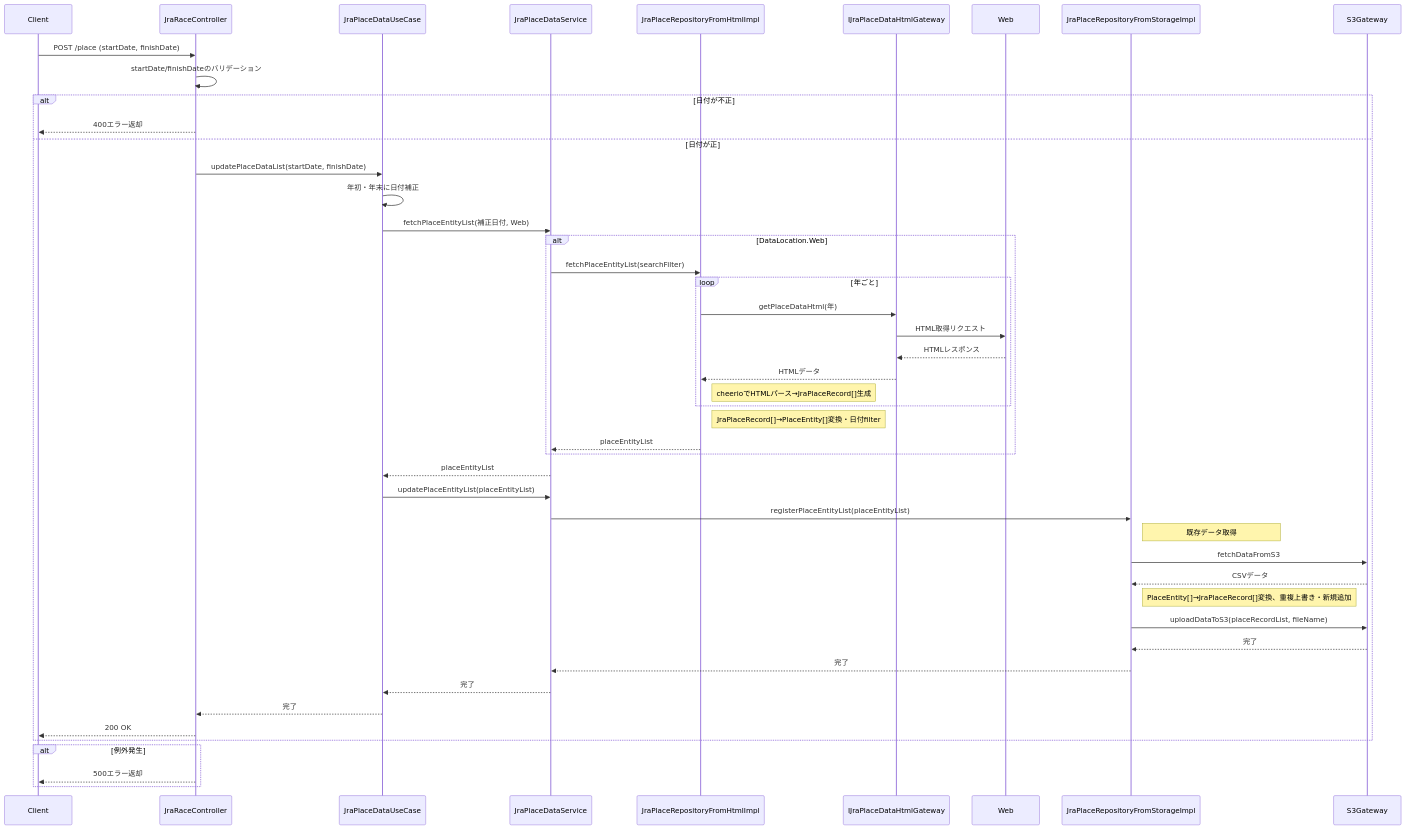
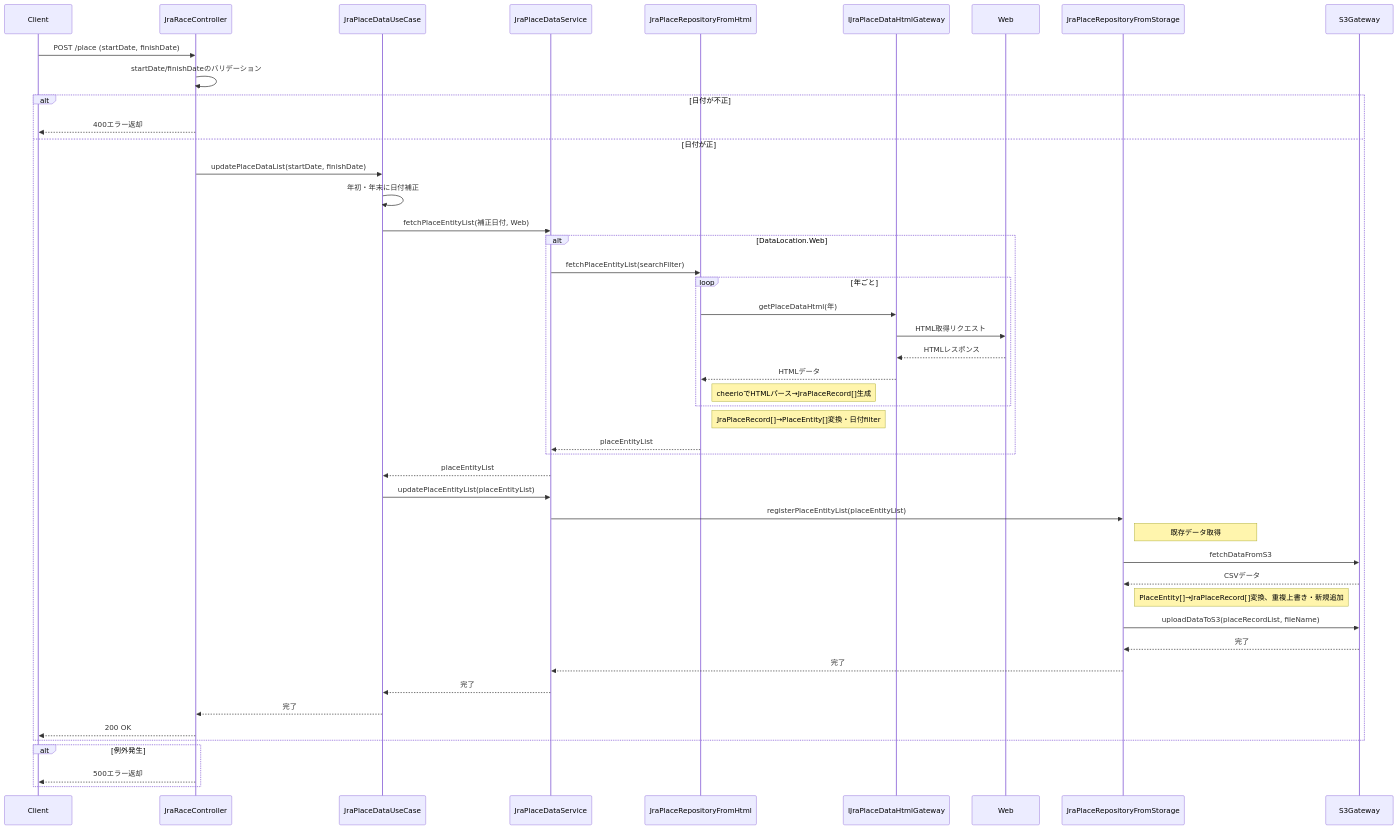
Before and after one commit to taichi6930/race-schedule-api: the diagram in document/detail-design/sequence/jra/updatePlaceDataList.md, drawn with Mermaid. The commit also changed 89 other files, not shown here.

````diff
--- a/document/detail-design/sequence/jra/updatePlaceDataList.md
+++ b/document/detail-design/sequence/jra/updatePlaceDataList.md
@@ -3,50 +3,50 @@
 ```mermaid
 sequenceDiagram
     participant Client
     participant JraRaceController
     participant JraPlaceDataUseCase
     participant JraPlaceDataService
-    participant JraPlaceRepositoryFromHtmlImpl
+    participant JraPlaceRepositoryFromHtml
     participant IJraPlaceDataHtmlGateway
     participant Web
-    participant JraPlaceRepositoryFromStorageImpl
+    participant JraPlaceRepositoryFromStorage
     participant S3Gateway
 
     Client->>JraRaceController: POST /place (startDate, finishDate)
     JraRaceController->>JraRaceController: startDate/finishDateのバリデーション
     alt 日付が不正
         JraRaceController-->>Client: 400エラー返却
     else 日付が正
         JraRaceController->>JraPlaceDataUseCase: updatePlaceDataList(startDate, finishDate)
         JraPlaceDataUseCase->>JraPlaceDataUseCase: 年初・年末に日付補正
         JraPlaceDataUseCase->>JraPlaceDataService: fetchPlaceEntityList(補正日付, Web)
         alt DataLocation.Web
-            JraPlaceDataService->>JraPlaceRepositoryFromHtmlImpl: fetchPlaceEntityList(searchFilter)
+            JraPlaceDataService->>JraPlaceRepositoryFromHtml: fetchPlaceEntityList(searchFilter)
             loop 年ごと
-                JraPlaceRepositoryFromHtmlImpl->>IJraPlaceDataHtmlGateway: getPlaceDataHtml(年)
+                JraPlaceRepositoryFromHtml->>IJraPlaceDataHtmlGateway: getPlaceDataHtml(年)
                 IJraPlaceDataHtmlGateway->>Web: HTML取得リクエスト
                 Web-->>IJraPlaceDataHtmlGateway: HTMLレスポンス
-                IJraPlaceDataHtmlGateway-->>JraPlaceRepositoryFromHtmlImpl: HTMLデータ
-                note right of JraPlaceRepositoryFromHtmlImpl: cheerioでHTMLパース→JraPlaceRecord[]生成
+                IJraPlaceDataHtmlGateway-->>JraPlaceRepositoryFromHtml: HTMLデータ
+                note right of JraPlaceRepositoryFromHtml: cheerioでHTMLパース→JraPlaceRecord[]生成
             end
-            note right of JraPlaceRepositoryFromHtmlImpl: JraPlaceRecord[]→PlaceEntity[]変換・日付filter
-            JraPlaceRepositoryFromHtmlImpl-->>JraPlaceDataService: placeEntityList
+            note right of JraPlaceRepositoryFromHtml: JraPlaceRecord[]→PlaceEntity[]変換・日付filter
+            JraPlaceRepositoryFromHtml-->>JraPlaceDataService: placeEntityList
         end
         JraPlaceDataService-->>JraPlaceDataUseCase: placeEntityList
         JraPlaceDataUseCase->>JraPlaceDataService: updatePlaceEntityList(placeEntityList)
-        JraPlaceDataService->>JraPlaceRepositoryFromStorageImpl: registerPlaceEntityList(placeEntityList)
-        note right of JraPlaceRepositoryFromStorageImpl: 既存データ取得
-        JraPlaceRepositoryFromStorageImpl->>S3Gateway: fetchDataFromS3
-        S3Gateway-->>JraPlaceRepositoryFromStorageImpl: CSVデータ
-        note right of JraPlaceRepositoryFromStorageImpl: PlaceEntity[]→JraPlaceRecord[]変換、重複上書き・新規追加
-        JraPlaceRepositoryFromStorageImpl->>S3Gateway: uploadDataToS3(placeRecordList, fileName)
-        S3Gateway-->>JraPlaceRepositoryFromStorageImpl: 完了
-        JraPlaceRepositoryFromStorageImpl-->>JraPlaceDataService: 完了
+        JraPlaceDataService->>JraPlaceRepositoryFromStorage: registerPlaceEntityList(placeEntityList)
+        note right of JraPlaceRepositoryFromStorage: 既存データ取得
+        JraPlaceRepositoryFromStorage->>S3Gateway: fetchDataFromS3
+        S3Gateway-->>JraPlaceRepositoryFromStorage: CSVデータ
+        note right of JraPlaceRepositoryFromStorage: PlaceEntity[]→JraPlaceRecord[]変換、重複上書き・新規追加
+        JraPlaceRepositoryFromStorage->>S3Gateway: uploadDataToS3(placeRecordList, fileName)
+        S3Gateway-->>JraPlaceRepositoryFromStorage: 完了
+        JraPlaceRepositoryFromStorage-->>JraPlaceDataService: 完了
         JraPlaceDataService-->>JraPlaceDataUseCase: 完了
         JraPlaceDataUseCase-->>JraRaceController: 完了
         JraRaceController-->>Client: 200 OK
     end
     alt 例外発生
         JraRaceController-->>Client: 500エラー返却
     end
 ```
````
